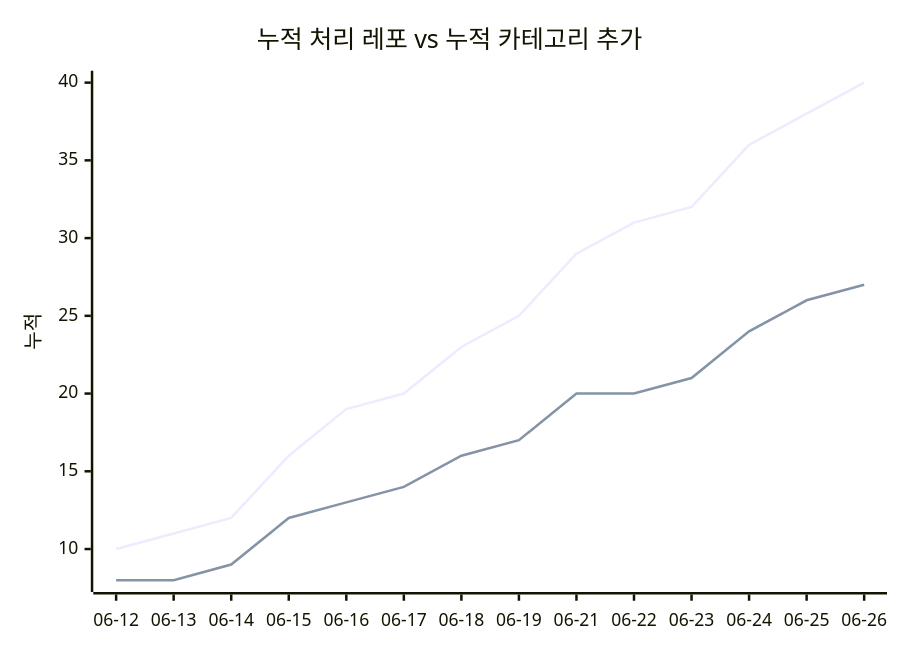
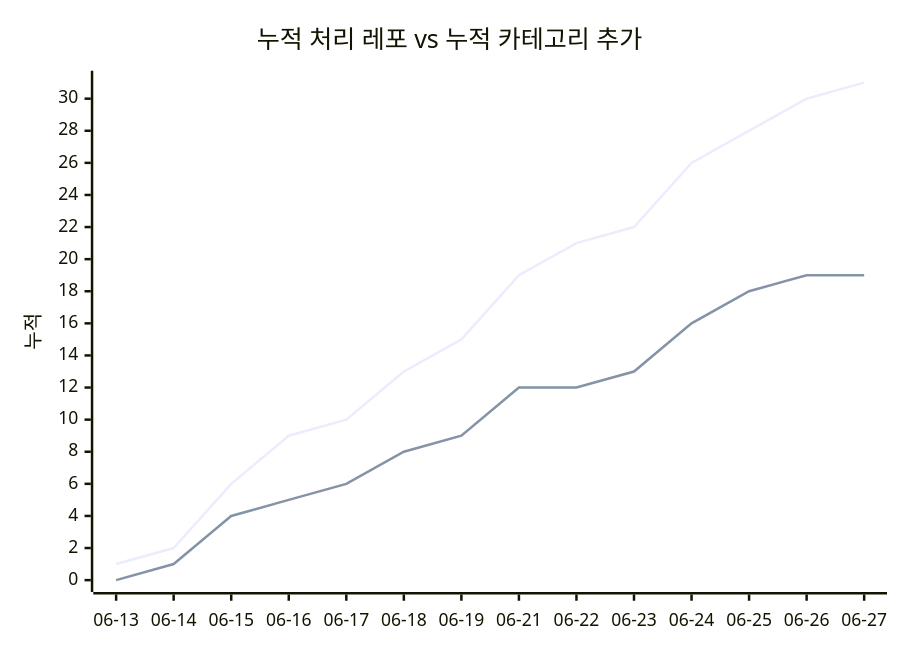
The second of 2 diagrams in docs/trends.md (J-nowcow/awesome-korean-agent-skills), drawn with Mermaid before and after one commit. The commit also changed other lines of this file and 2 other files, not shown here.

````diff
--- a/docs/trends.md
+++ b/docs/trends.md
@@ -68,8 +68,8 @@
 ```mermaid
 xychart-beta
     title "누적 처리 레포 vs 누적 카테고리 추가"
-    x-axis ["06-12","06-13","06-14","06-15","06-16","06-17","06-18","06-19","06-21","06-22","06-23","06-24","06-25","06-26"]
+    x-axis ["06-13","06-14","06-15","06-16","06-17","06-18","06-19","06-21","06-22","06-23","06-24","06-25","06-26","06-27"]
     y-axis "누적"
-    line [10,11,12,16,19,20,23,25,29,31,32,36,38,40]
-    line [8,8,9,12,13,14,16,17,20,20,21,24,26,27]
+    line [1,2,6,9,10,13,15,19,21,22,26,28,30,31]
+    line [0,1,4,5,6,8,9,12,12,13,16,18,19,19]
 ```
````
